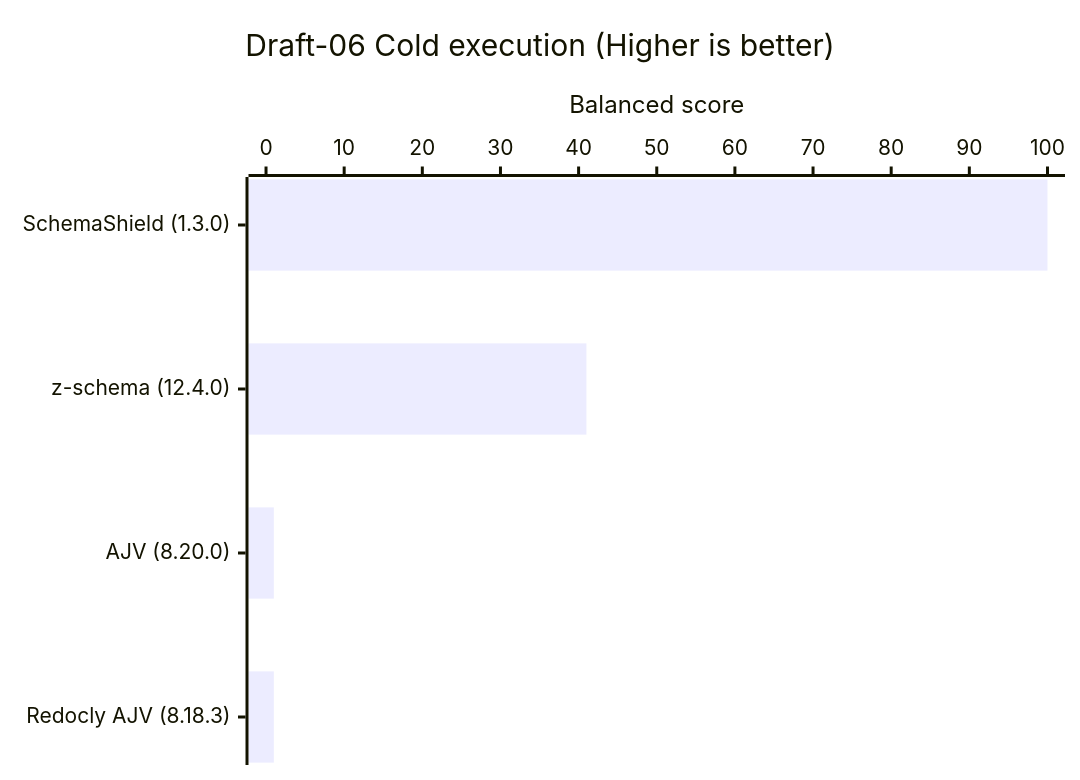
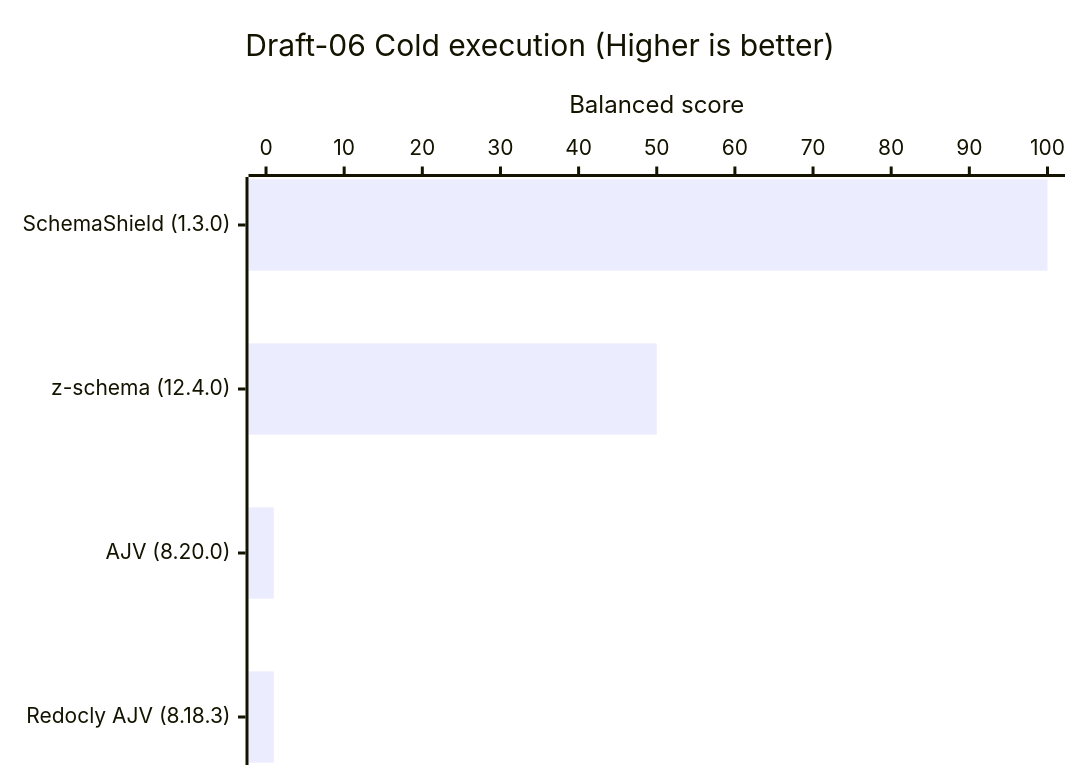
Before and after one commit to Masquerade-Circus/json-schema-validator-bench: the fourth of 8 diagrams in README.md, drawn with Mermaid. The commit also changed other lines of this file and 169 other files, not shown here.

````diff
--- a/README.md
+++ b/README.md
@@ -175,7 +175,7 @@
 ```mermaid
 xychart horizontal
     title "Draft-06 Cold execution (Higher is better)"
     x-axis ["SchemaShield (1.3.0)", "z-schema (12.4.0)", "AJV (8.20.0)", "Redocly AJV (8.18.3)"]
     y-axis "Balanced score" 0 --> 100
-    bar [100, 41, 1, 1]
+    bar [100, 50, 1, 1]
 ```
````
